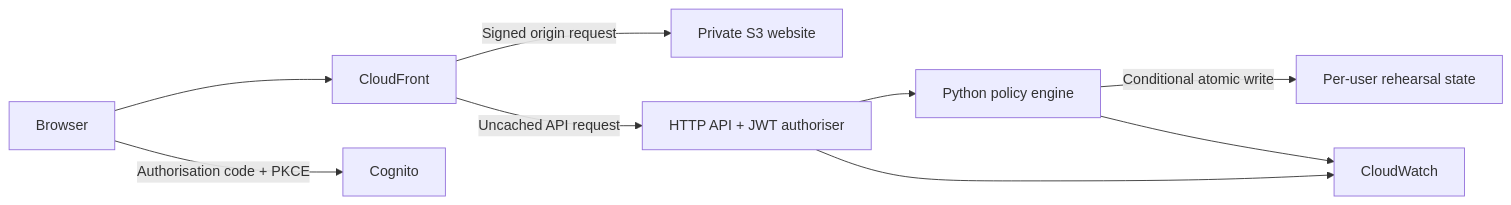
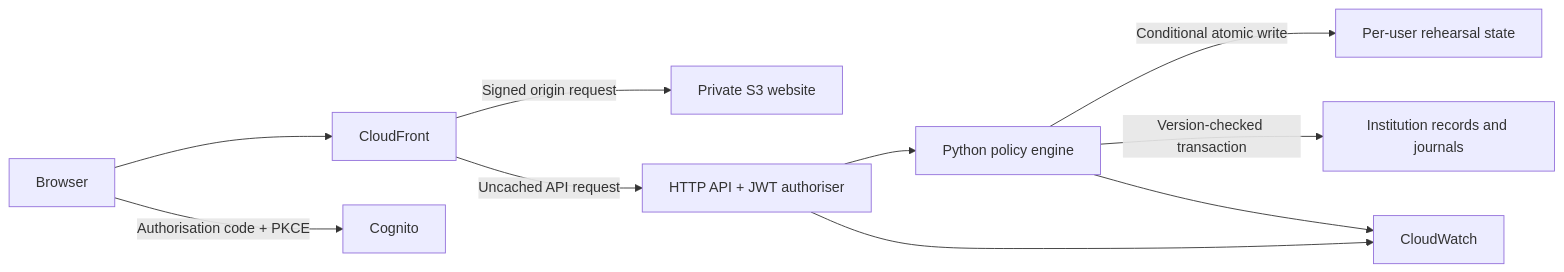
Before and after one commit to w3c-global/w3c-global.github.io: the diagram in agentu/docs/architecture.md, drawn with Mermaid. The commit also changed other lines of this file and 31 other files, not shown here.

````diff
--- a/agentu/docs/architecture.md
+++ b/agentu/docs/architecture.md
@@ -5,11 +5,12 @@
 ```mermaid
 flowchart LR
   Browser --> CloudFront
   Browser -->|Authorisation code + PKCE| Cognito
   CloudFront -->|Signed origin request| PrivateS3[Private S3 website]
   CloudFront -->|Uncached API request| Gateway[HTTP API + JWT authoriser]
   Gateway --> Lambda[Python policy engine]
   Lambda -->|Conditional atomic write| DynamoDB[Per-user rehearsal state]
+  Lambda -->|Version-checked transaction| Platform[Institution records and journals]
   Gateway --> Logs[CloudWatch]
   Lambda --> Logs
 ```
````
